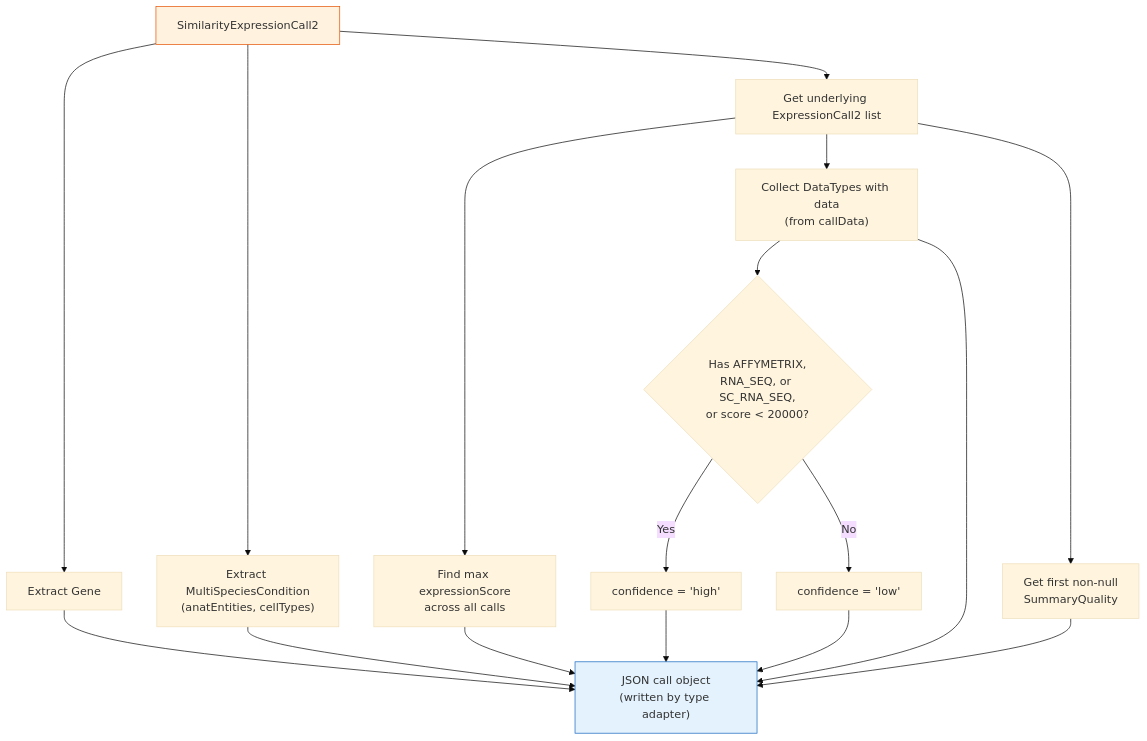
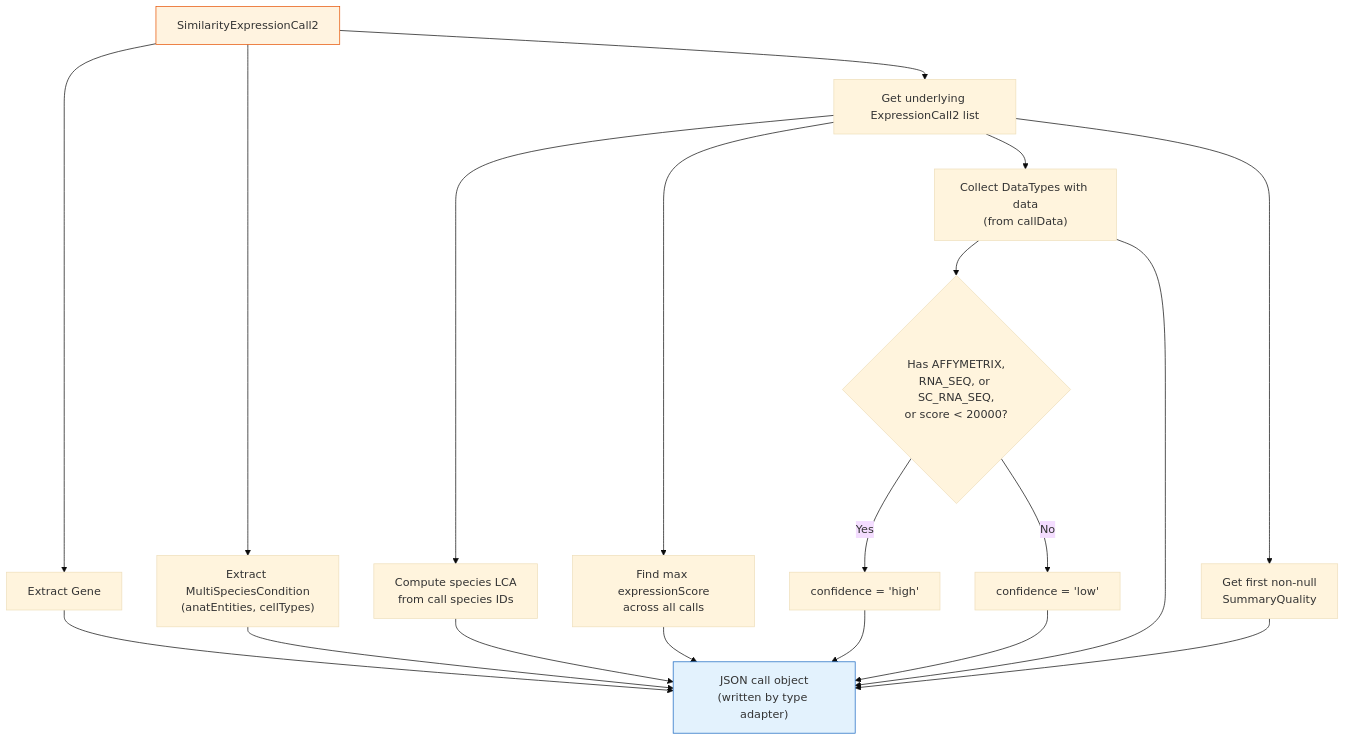
One commit to BgeeDB/bgee_apps changed the fourth of 4 diagrams in bgee-webapp/docs/multispec_expr_calls_endpoint.qmd. Above: the diagram before and after it, drawn with Mermaid (base theme). The commit also changed other lines of this file and 8 other files, not shown here.

First line of the commit message:
Respect negative homology annotations in multi-species expression calls.

````diff
--- a/bgee-webapp/docs/multispec_expr_calls_endpoint.qmd
+++ b/bgee-webapp/docs/multispec_expr_calls_endpoint.qmd
@@ -319,26 +335,28 @@
 ```{mermaid}
 %%| fig-width: 8
 flowchart TD
     SC["SimilarityExpressionCall2"] --> GENE["Extract Gene"]
     SC --> MSC["Extract MultiSpeciesCondition<br/>(anatEntities, cellTypes)"]
     SC --> CALLS["Get underlying ExpressionCall2 list"]
 
+    CALLS --> LCA["Compute species LCA<br/>from call species IDs"]
     CALLS --> SCORE["Find max expressionScore<br/>across all calls"]
     CALLS --> DT["Collect DataTypes with data<br/>(from callData)"]
     CALLS --> QUAL["Get first non-null<br/>SummaryQuality"]
 
     DT --> CONF{"Has AFFYMETRIX,<br/>RNA_SEQ, or SC_RNA_SEQ,<br/>or score < 20000?"}
     CONF -->|Yes| HIGH["confidence = 'high'"]
     CONF -->|No| LOW["confidence = 'low'"]
 
     GENE --> ITEM
     MSC --> ITEM
+    LCA --> ITEM
     SCORE --> ITEM
     HIGH --> ITEM
     LOW --> ITEM
     DT --> ITEM
     QUAL --> ITEM["JSON call object<br/>(written by type adapter)"]
 
     style SC fill:#fff3e0,stroke:#e65100
     style ITEM fill:#e3f2fd,stroke:#1565c0
 ```
````
